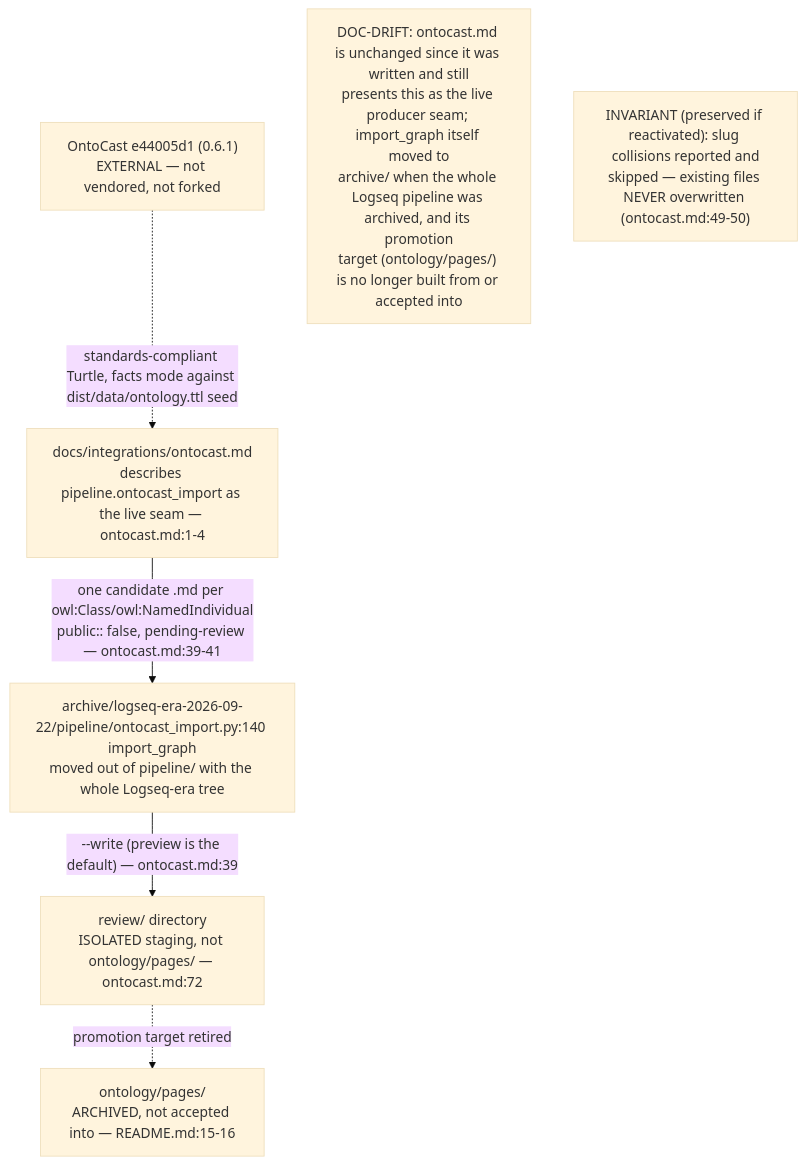
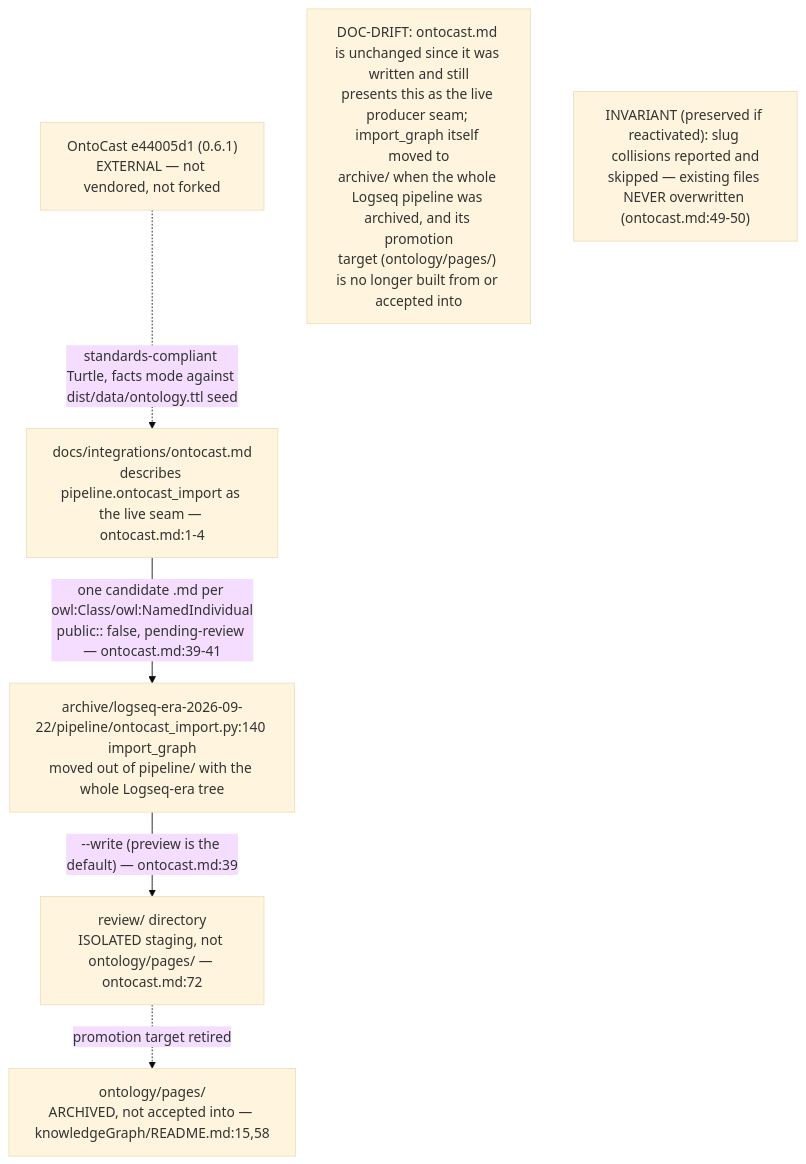
Before and after one commit to DreamLab-AI/VisionFlow: the third of 3 diagrams in docs/diagrams/knowledgegraph/06-consumers-and-integration.md, drawn with Mermaid (base theme). The commit also changed other lines of this file and 160 other files, not shown here.

````diff
--- a/docs/diagrams/knowledgegraph/06-consumers-and-integration.md
+++ b/docs/diagrams/knowledgegraph/06-consumers-and-integration.md
@@ -68,15 +70,15 @@
 ```mermaid
 flowchart TB
     OC["OntoCast e44005d1 #40;0.6.1#41;<br/>EXTERNAL — not vendored, not forked"]
     DOC["docs/integrations/ontocast.md<br/>describes pipeline.ontocast_import as the live seam — ontocast.md:1-4"]
     ARCH["archive/logseq-era-2026-09-22/pipeline/ontocast_import.py:140 import_graph<br/>moved out of pipeline/ with the whole Logseq-era tree"]
     REVIEW["review/ directory<br/>ISOLATED staging, not ontology/pages/ — ontocast.md:72"]
-    CORPUS["ontology/pages/<br/>ARCHIVED, not accepted into — README.md:15-16"]
+    CORPUS["ontology/pages/<br/>ARCHIVED, not accepted into — knowledgeGraph/README.md:15,58"]
 
     OC -.->|"standards-compliant Turtle, facts mode against dist/data/ontology.ttl seed"| DOC
     DOC -->|"one candidate .md per owl:Class/owl:NamedIndividual<br/>public:: false, pending-review — ontocast.md:39-41"| ARCH
     ARCH -->|"--write #40;preview is the default#41; — ontocast.md:39"| REVIEW
     REVIEW -.->|"promotion target retired"| CORPUS
     note1["DOC-DRIFT: ontocast.md is unchanged since it was written and still<br/>presents this as the live producer seam; import_graph itself moved to<br/>archive/ when the whole Logseq pipeline was archived, and its promotion<br/>target #40;ontology/pages/#41; is no longer built from or accepted into"]
     note2["INVARIANT #40;preserved if reactivated#41;: slug collisions reported and<br/>skipped — existing files NEVER overwritten #40;ontocast.md:49-50#41;"]
 ```
````
